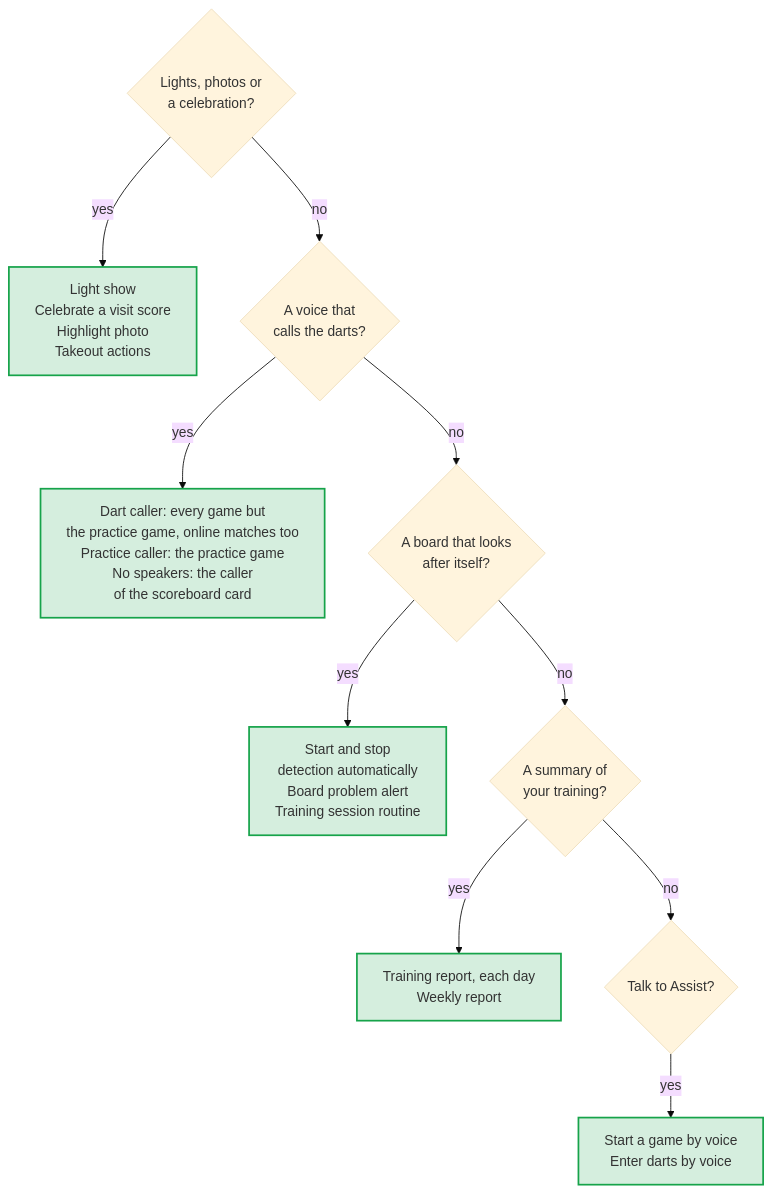
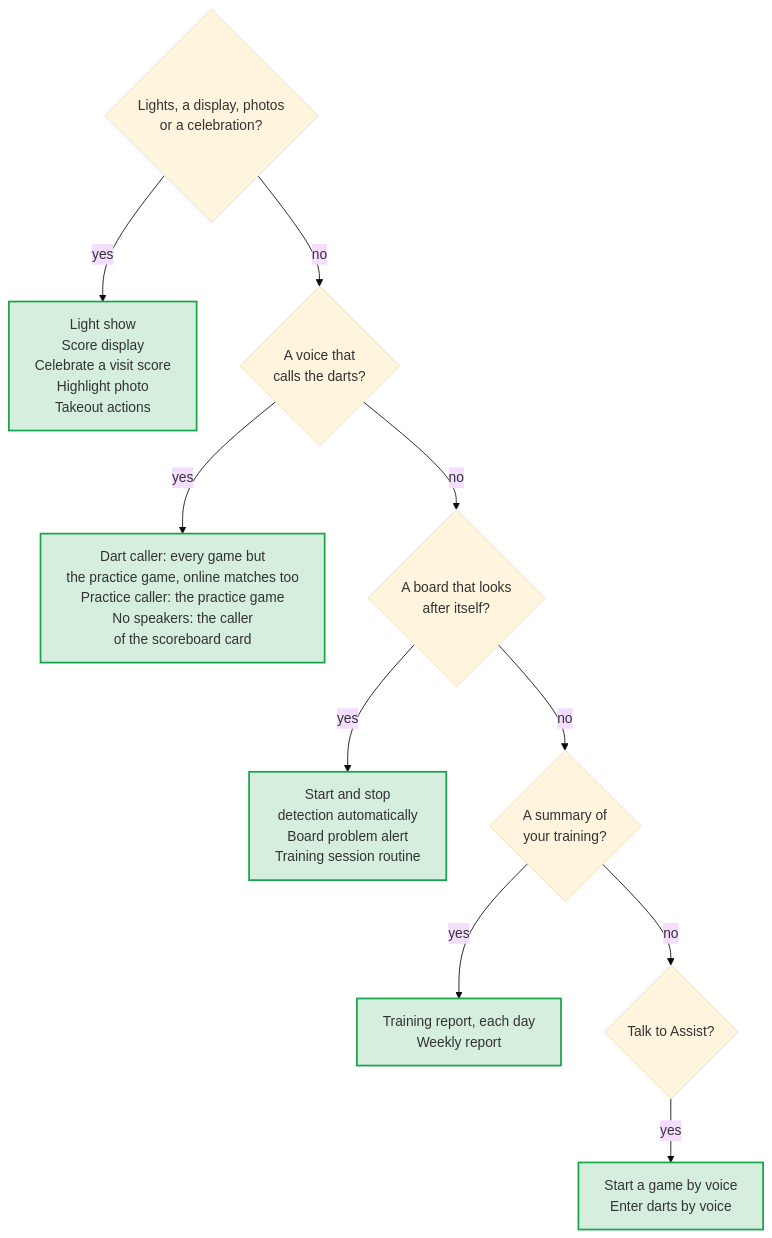
One commit to Dennis-Otto/ha-autodarts changed the diagram in docs/diagrams/choose-blueprint.en.mmd. Above: the diagram before and after it, drawn with Mermaid (base theme). The commit also changed 30 other files, not shown here.

First line of the commit message:
feat(blueprints): show the score on an AWTRIX or PixelIt display (#346)

```diff
--- a/docs/diagrams/choose-blueprint.en.mmd
+++ b/docs/diagrams/choose-blueprint.en.mmd
@@ -1,19 +1,19 @@
 ---
 config:
   flowchart:
     wrappingWidth: 400
 ---
 flowchart TB
   accTitle: Which blueprint fits
-  accDescr: For lights, photos and celebrations, take the Light show, Celebrate a visit score, Highlight photo or Takeout actions. To call the darts, take the Dart caller for every game but the practice game, online matches too, and the Practice caller for the practice game; the caller of the scoreboard card needs no speakers in Home Assistant. For a board that looks after itself, take Start and stop detection automatically, the Board problem alert or the Training session routine. For a summary of your training, take the Training report each day or the Weekly report. To talk to Assist, take Start a game by voice or Enter darts by voice.
-  MOOD{"Lights, photos or<br/>a celebration?"} -- "yes" --> MOODS["Light show<br/>Celebrate a visit score<br/>Highlight photo<br/>Takeout actions"]
+  accDescr: For lights, a pixel display, photos and celebrations, take the Light show, Score display, Celebrate a visit score, Highlight photo or Takeout actions. To call the darts, take the Dart caller for every game but the practice game, online matches too, and the Practice caller for the practice game; the caller of the scoreboard card needs no speakers in Home Assistant. For a board that looks after itself, take Start and stop detection automatically, the Board problem alert or the Training session routine. For a summary of your training, take the Training report each day or the Weekly report. To talk to Assist, take Start a game by voice or Enter darts by voice.
+  MOOD{"Lights, a display, photos<br/>or a celebration?"} -- "yes" --> MOODS["Light show<br/>Score display<br/>Celebrate a visit score<br/>Highlight photo<br/>Takeout actions"]
   MOOD -- "no" --> CALL{"A voice that<br/>calls the darts?"}
   CALL -- "yes" --> CALLS["Dart caller: every game but<br/>the practice game, online matches too<br/>Practice caller: the practice game<br/>No speakers: the caller<br/>of the scoreboard card"]
   CALL -- "no" --> CARE{"A board that looks<br/>after itself?"}
   CARE -- "yes" --> CARES["Start and stop<br/>detection automatically<br/>Board problem alert<br/>Training session routine"]
   CARE -- "no" --> REPORT{"A summary of<br/>your training?"}
   REPORT -- "yes" --> REPORTS["Training report, each day<br/>Weekly report"]
   REPORT -- "no" --> VOICE{"Talk to Assist?"}
   VOICE -- "yes" --> VOICES["Start a game by voice<br/>Enter darts by voice"]
   classDef done fill:#16a34a2e,stroke:#16a34a,stroke-width:2px
   class MOODS,CALLS,CARES,REPORTS,VOICES done
```
